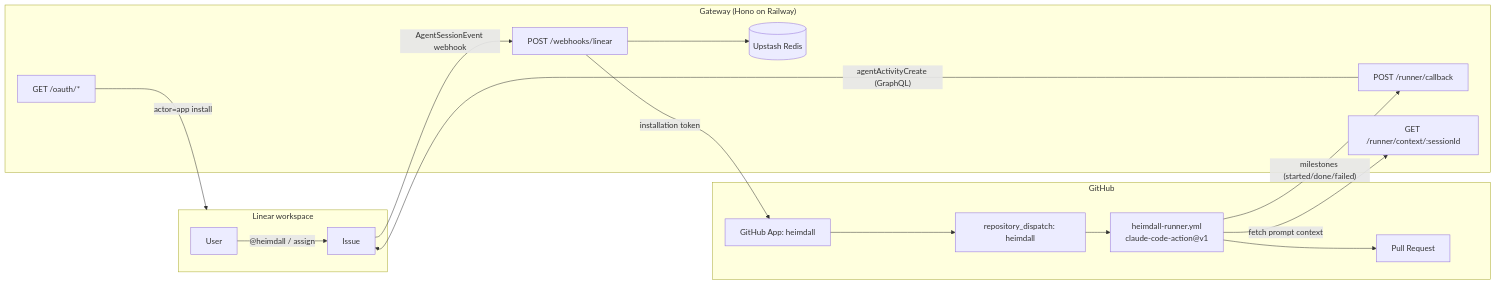
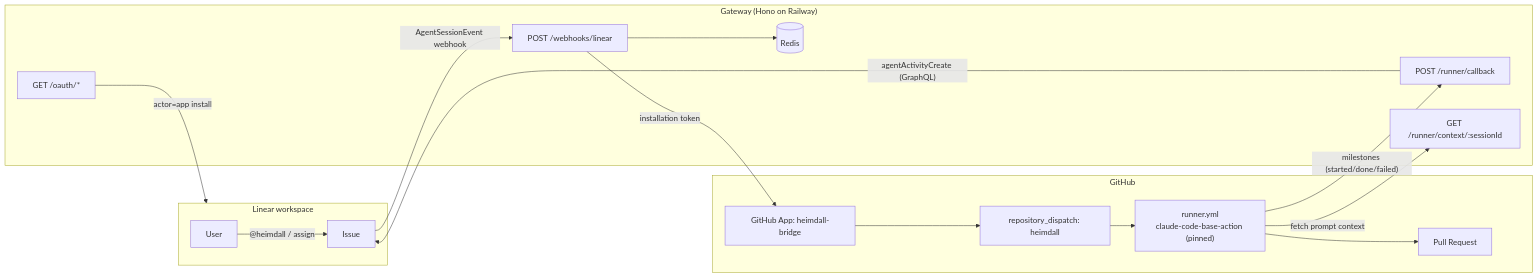
One commit to vinicius33/heimdall changed the first of 2 diagrams in docs/SPEC.md. Above: the diagram before and after it, drawn with Mermaid. The commit also changed other lines of this file and 3 other files, not shown here.

First line of the commit message:
docs: revamp README with logo, architecture diagram, badges

````diff
--- a/docs/SPEC.md
+++ b/docs/SPEC.md
@@ -21,31 +21,31 @@
 ```mermaid
 flowchart LR
     subgraph Linear["Linear workspace"]
         U[User] -- "@heimdall / assign" --> I[Issue]
     end
 
     subgraph Gateway["Gateway (Hono on Railway)"]
         WH["POST /webhooks/linear"]
         CB["POST /runner/callback"]
         CTX["GET /runner/context/:sessionId"]
         OA["GET /oauth/*"]
-        KV[(Upstash Redis)]
+        KV[(Redis)]
     end
 
     subgraph GitHub["GitHub"]
-        GA["GitHub App: heimdall"]
+        GA["GitHub App: heimdall-bridge"]
         RD["repository_dispatch: heimdall"]
-        WF["heimdall-runner.yml<br/>claude-code-action@v1"]
+        WF["runner.yml<br/>claude-code-base-action (pinned)"]
         PR[Pull Request]
     end
 
     I -- "AgentSessionEvent webhook" --> WH
     WH --> KV
     WH -- "installation token" --> GA
     GA --> RD --> WF
     WF -- "fetch prompt context" --> CTX
     WF -- "milestones (started/done/failed)" --> CB
     WF --> PR
     CB -- "agentActivityCreate (GraphQL)" --> I
     OA -- "actor=app install" --> Linear
 ```
````
